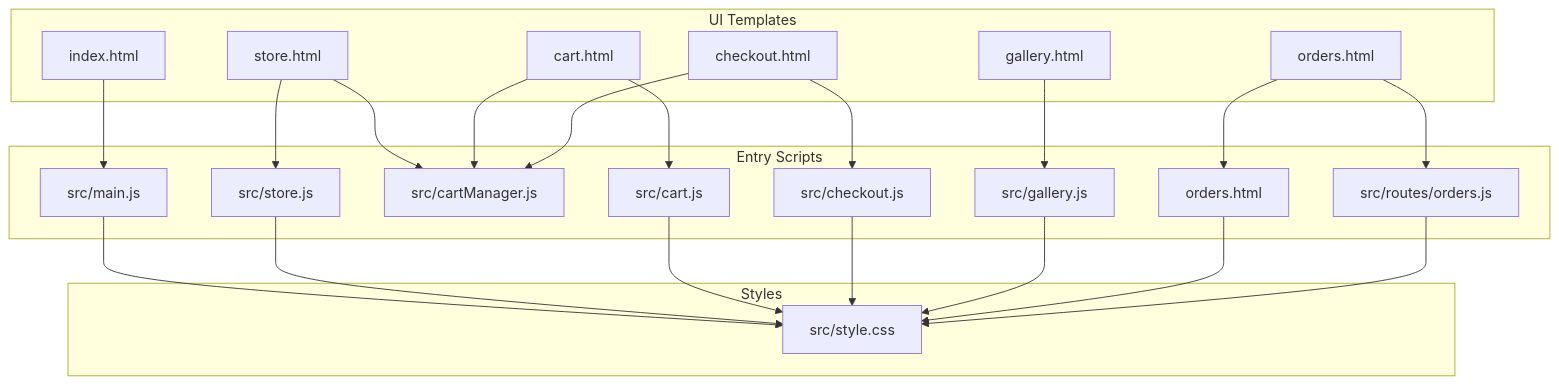
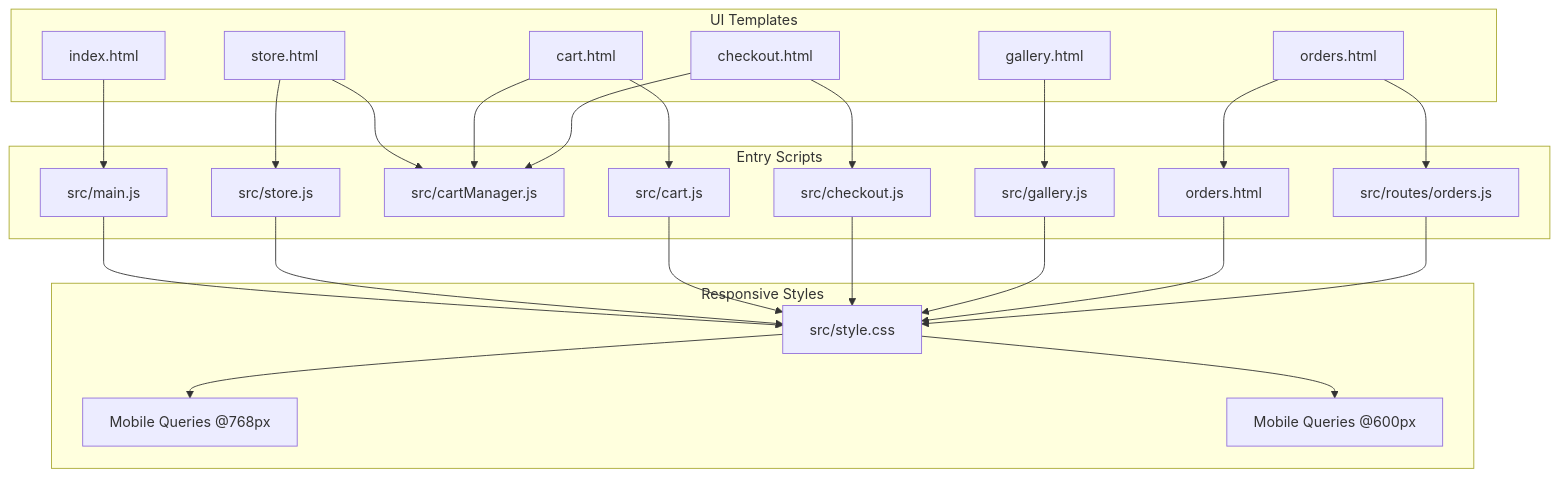
One commit to SirD33k/activezone changed the second of 10 diagrams in .qoder/repowiki/en/content/Frontend Architecture/Frontend Architecture.md. Above: the diagram before and after it, drawn with Mermaid. The commit also changed other lines of this file and 3 other files, not shown here.

````diff
--- a/.qoder/repowiki/en/content/Frontend Architecture/Frontend Architecture.md
+++ b/.qoder/repowiki/en/content/Frontend Architecture/Frontend Architecture.md
@@ -142,41 +147,45 @@
 ```mermaid
 graph TB
 subgraph "Entry Scripts"
 M["src/main.js"]
 S["src/store.js"]
 CM["src/cartManager.js"]
 C["src/cart.js"]
 CK["src/checkout.js"]
 G["src/gallery.js"]
 O["orders.html"]
 OR["src/routes/orders.js"]
 end
 subgraph "UI Templates"
 H["index.html"]
 ST["store.html"]
 CA["cart.html"]
 ORD["orders.html"]
 CH["checkout.html"]
 GA["gallery.html"]
 end
-subgraph "Styles"
+subgraph "Responsive Styles"
 CSS["src/style.css"]
+CSS768["Mobile Queries @768px"]
+CSS600["Mobile Queries @600px"]
 end
 H --> M
 ST --> S
 ST --> CM
 CA --> CM
 CA --> C
 ORD --> O
 ORD --> OR
 CH --> CK
 CH --> CM
 GA --> G
 M --> CSS
 S --> CSS
 C --> CSS
 CK --> CSS
 G --> CSS
 O --> CSS
 OR --> CSS
+CSS --> CSS768
+CSS --> CSS600
 ```
````
